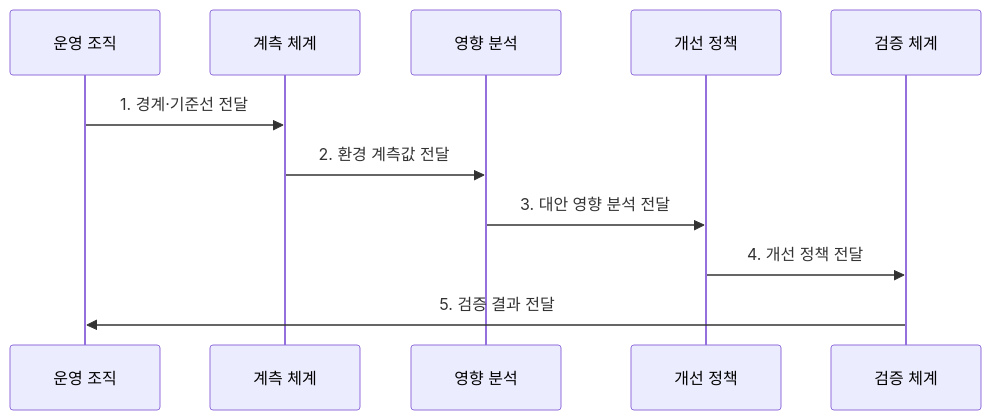
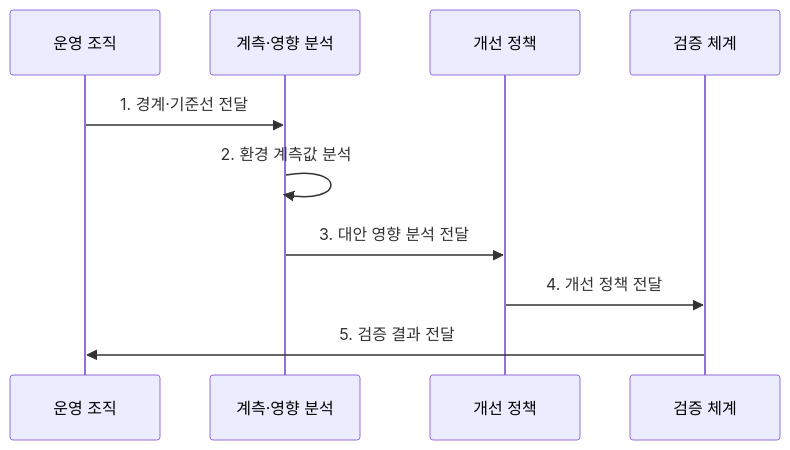
The second of 2 diagrams in src/content/docs/notes/08-latest-tech/197_green_data_center.md (agnusdei1207/knowledge-base), drawn with Mermaid before and after one commit. The commit also changed other lines of this file and 6 other files, not shown here.

Commit message:
Focus sustainability and emerging technology flows

````diff
--- a/src/content/docs/notes/08-latest-tech/197_green_data_center.md
+++ b/src/content/docs/notes/08-latest-tech/197_green_data_center.md
@@ -99,13 +99,12 @@
 ```mermaid
 sequenceDiagram
   participant O as 운영 조직
-  participant M as 계측 체계
-  participant A as 영향 분석
+    participant M as 계측·영향 분석
   participant P as 개선 정책
   participant V as 검증 체계
   O->>M: 1. 경계·기준선 전달
-  M->>A: 2. 환경 계측값 전달
-  A->>P: 3. 대안 영향 분석 전달
+    M->>M: 2. 환경 계측값 분석
+    M->>P: 3. 대안 영향 분석 전달
   P->>V: 4. 개선 정책 전달
   V->>O: 5. 검증 결과 전달
 ```
````
